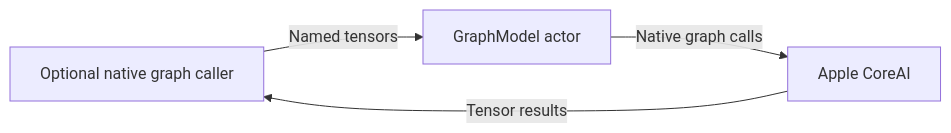
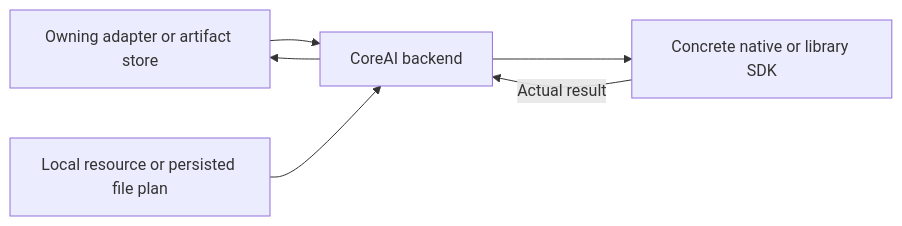
Before and after one commit to devilyouwei/MobileHarness: the diagram in MobileHarness/ModelKit/Backends/CoreAI/README.md, drawn with Mermaid. The commit also changed other lines of this file and 116 other files, not shown here.

````diff
--- a/MobileHarness/ModelKit/Backends/CoreAI/README.md
+++ b/MobileHarness/ModelKit/Backends/CoreAI/README.md
@@ -7,6 +15,8 @@
 ```mermaid
 flowchart LR
-    Adapter[Optional native graph caller] -->|Named tensors| Graph[GraphModel actor]
-    Graph -->|Native graph calls| CoreAI[Apple CoreAI]
-    CoreAI -->|Tensor results| Adapter
+ Caller[Owning adapter or artifact store] --> Backend[CoreAI backend]
+ Files[Local resource or persisted file plan] --> Backend
+ Backend --> Native[Concrete native or library SDK]
+ Native -->|Actual result| Backend
+ Backend --> Caller
 ```
````
